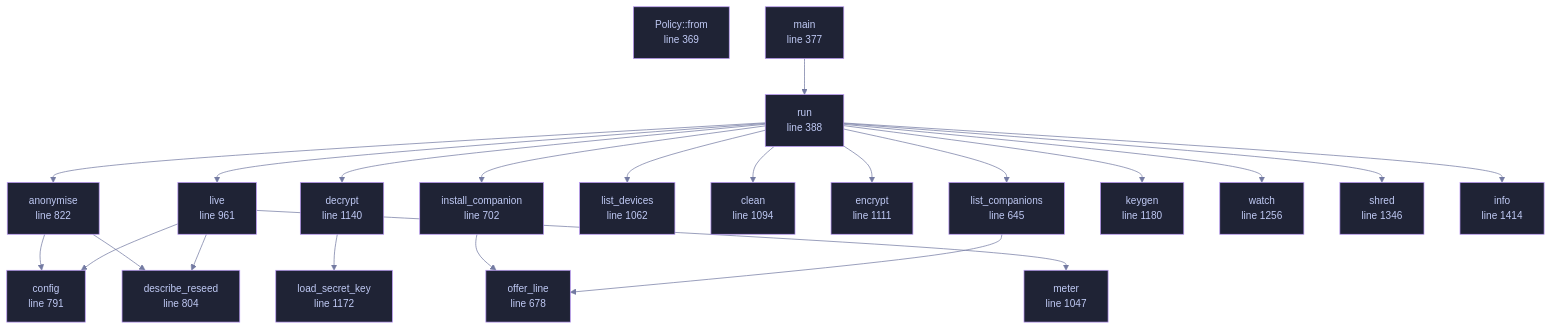
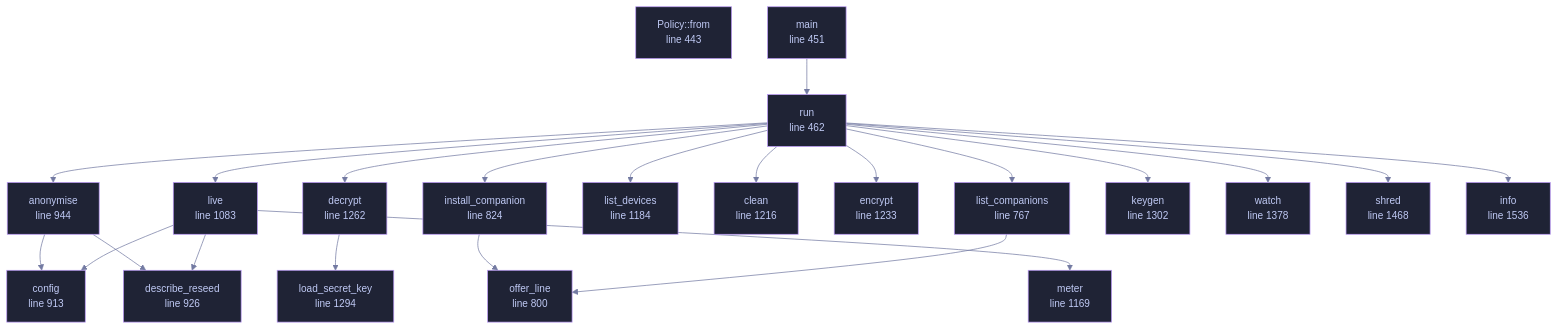
One commit to tilas01/veilvoice changed the diagram in wiki/File-veilvoice-cli-main.md. Above: the diagram before and after it, drawn with Mermaid. The commit also changed other lines of this file and 68 other files, not shown here.

First line of the commit message:
policy: settings that can only be tightened, so reading needs no key

````diff
--- a/wiki/File-veilvoice-cli-main.md
+++ b/wiki/File-veilvoice-cli-main.md
@@ -88,67 +90,67 @@
 ```mermaid
 %%{init: {"theme":"base","themeVariables":{"background":"#1a1b26","primaryColor":"#1f2335","primaryTextColor":"#c0caf5","primaryBorderColor":"#7aa2f7","secondaryColor":"#16161e","tertiaryColor":"#16161e","lineColor":"#737aa2","textColor":"#c0caf5","mainBkg":"#1f2335","nodeBorder":"#7aa2f7","clusterBkg":"#16161e","clusterBorder":"#2f3549","fontFamily":"ui-monospace, SFMono-Regular, Consolas, monospace","fontSize":"14px"}}}%%
 flowchart TD
-    n_from["Policy::from<br/>line 369"]
-    n_main["main<br/>line 377"]
-    n_run["run<br/>line 388"]
-    n_list_companions["list_companions<br/>line 645"]
-    n_offer_line["offer_line<br/>line 678"]
-    n_install_companion["install_companion<br/>line 702"]
-    n_config["config<br/>line 791"]
-    n_describe_reseed["describe_reseed<br/>line 804"]
-    n_anonymise["anonymise<br/>line 822"]
-    n_live["live<br/>line 961"]
-    n_meter["meter<br/>line 1047"]
-    n_list_devices["list_devices<br/>line 1062"]
-    n_clean["clean<br/>line 1094"]
-    n_encrypt["encrypt<br/>line 1111"]
-    n_decrypt["decrypt<br/>line 1140"]
-    n_load_secret_key["load_secret_key<br/>line 1172"]
-    n_keygen["keygen<br/>line 1180"]
-    n_watch["watch<br/>line 1256"]
-    n_shred["shred<br/>line 1346"]
-    n_info["info<br/>line 1414"]
+    n_from["Policy::from<br/>line 443"]
+    n_main["main<br/>line 451"]
+    n_run["run<br/>line 462"]
+    n_list_companions["list_companions<br/>line 767"]
+    n_offer_line["offer_line<br/>line 800"]
+    n_install_companion["install_companion<br/>line 824"]
+    n_config["config<br/>line 913"]
+    n_describe_reseed["describe_reseed<br/>line 926"]
+    n_anonymise["anonymise<br/>line 944"]
+    n_live["live<br/>line 1083"]
+    n_meter["meter<br/>line 1169"]
+    n_list_devices["list_devices<br/>line 1184"]
+    n_clean["clean<br/>line 1216"]
+    n_encrypt["encrypt<br/>line 1233"]
+    n_decrypt["decrypt<br/>line 1262"]
+    n_load_secret_key["load_secret_key<br/>line 1294"]
+    n_keygen["keygen<br/>line 1302"]
+    n_watch["watch<br/>line 1378"]
+    n_shred["shred<br/>line 1468"]
+    n_info["info<br/>line 1536"]
     n_anonymise --> n_config
     n_anonymise --> n_describe_reseed
     n_decrypt --> n_load_secret_key
     n_install_companion --> n_offer_line
     n_list_companions --> n_offer_line
     n_live --> n_config
     n_live --> n_describe_reseed
     n_live --> n_meter
     n_main --> n_run
     n_run --> n_anonymise
     n_run --> n_clean
     n_run --> n_decrypt
     n_run --> n_encrypt
     n_run --> n_info
     n_run --> n_install_companion
     n_run --> n_keygen
     n_run --> n_list_companions
     n_run --> n_list_devices
     n_run --> n_live
     n_run --> n_shred
     n_run --> n_watch
-    click n_from href "https://github.com/tilas01/veilvoice/blob/main/crates/veilvoice-cli/src/main.rs#L369" "open the source"
-    click n_main href "https://github.com/tilas01/veilvoice/blob/main/crates/veilvoice-cli/src/main.rs#L377" "open the source"
-    click n_run href "https://github.com/tilas01/veilvoice/blob/main/crates/veilvoice-cli/src/main.rs#L388" "open the source"
-    click n_list_companions href "https://github.com/tilas01/veilvoice/blob/main/crates/veilvoice-cli/src/main.rs#L645" "open the source"
-    click n_offer_line href "https://github.com/tilas01/veilvoice/blob/main/crates/veilvoice-cli/src/main.rs#L678" "open the source"
-    click n_install_companion href "https://github.com/tilas01/veilvoice/blob/main/crates/veilvoice-cli/src/main.rs#L702" "open the source"
-    click n_config href "https://github.com/tilas01/veilvoice/blob/main/crates/veilvoice-cli/src/main.rs#L791" "open the source"
-    click n_describe_reseed href "https://github.com/tilas01/veilvoice/blob/main/crates/veilvoice-cli/src/main.rs#L804" "open the source"
-    click n_anonymise href "https://github.com/tilas01/veilvoice/blob/main/crates/veilvoice-cli/src/main.rs#L822" "open the source"
-    click n_live href "https://github.com/tilas01/veilvoice/blob/main/crates/veilvoice-cli/src/main.rs#L961" "open the source"
-    click n_meter href "https://github.com/tilas01/veilvoice/blob/main/crates/veilvoice-cli/src/main.rs#L1047" "open the source"
-    click n_list_devices href "https://github.com/tilas01/veilvoice/blob/main/crates/veilvoice-cli/src/main.rs#L1062" "open the source"
-    click n_clean href "https://github.com/tilas01/veilvoice/blob/main/crates/veilvoice-cli/src/main.rs#L1094" "open the source"
-    click n_encrypt href "https://github.com/tilas01/veilvoice/blob/main/crates/veilvoice-cli/src/main.rs#L1111" "open the source"
-    click n_decrypt href "https://github.com/tilas01/veilvoice/blob/main/crates/veilvoice-cli/src/main.rs#L1140" "open the source"
-    click n_load_secret_key href "https://github.com/tilas01/veilvoice/blob/main/crates/veilvoice-cli/src/main.rs#L1172" "open the source"
-    click n_keygen href "https://github.com/tilas01/veilvoice/blob/main/crates/veilvoice-cli/src/main.rs#L1180" "open the source"
-    click n_watch href "https://github.com/tilas01/veilvoice/blob/main/crates/veilvoice-cli/src/main.rs#L1256" "open the source"
-    click n_shred href "https://github.com/tilas01/veilvoice/blob/main/crates/veilvoice-cli/src/main.rs#L1346" "open the source"
-    click n_info href "https://github.com/tilas01/veilvoice/blob/main/crates/veilvoice-cli/src/main.rs#L1414" "open the source"
+    click n_from href "https://github.com/tilas01/veilvoice/blob/main/crates/veilvoice-cli/src/main.rs#L443" "open the source"
+    click n_main href "https://github.com/tilas01/veilvoice/blob/main/crates/veilvoice-cli/src/main.rs#L451" "open the source"
+    click n_run href "https://github.com/tilas01/veilvoice/blob/main/crates/veilvoice-cli/src/main.rs#L462" "open the source"
+    click n_list_companions href "https://github.com/tilas01/veilvoice/blob/main/crates/veilvoice-cli/src/main.rs#L767" "open the source"
+    click n_offer_line href "https://github.com/tilas01/veilvoice/blob/main/crates/veilvoice-cli/src/main.rs#L800" "open the source"
+    click n_install_companion href "https://github.com/tilas01/veilvoice/blob/main/crates/veilvoice-cli/src/main.rs#L824" "open the source"
+    click n_config href "https://github.com/tilas01/veilvoice/blob/main/crates/veilvoice-cli/src/main.rs#L913" "open the source"
+    click n_describe_reseed href "https://github.com/tilas01/veilvoice/blob/main/crates/veilvoice-cli/src/main.rs#L926" "open the source"
+    click n_anonymise href "https://github.com/tilas01/veilvoice/blob/main/crates/veilvoice-cli/src/main.rs#L944" "open the source"
+    click n_live href "https://github.com/tilas01/veilvoice/blob/main/crates/veilvoice-cli/src/main.rs#L1083" "open the source"
+    click n_meter href "https://github.com/tilas01/veilvoice/blob/main/crates/veilvoice-cli/src/main.rs#L1169" "open the source"
+    click n_list_devices href "https://github.com/tilas01/veilvoice/blob/main/crates/veilvoice-cli/src/main.rs#L1184" "open the source"
+    click n_clean href "https://github.com/tilas01/veilvoice/blob/main/crates/veilvoice-cli/src/main.rs#L1216" "open the source"
+    click n_encrypt href "https://github.com/tilas01/veilvoice/blob/main/crates/veilvoice-cli/src/main.rs#L1233" "open the source"
+    click n_decrypt href "https://github.com/tilas01/veilvoice/blob/main/crates/veilvoice-cli/src/main.rs#L1262" "open the source"
+    click n_load_secret_key href "https://github.com/tilas01/veilvoice/blob/main/crates/veilvoice-cli/src/main.rs#L1294" "open the source"
+    click n_keygen href "https://github.com/tilas01/veilvoice/blob/main/crates/veilvoice-cli/src/main.rs#L1302" "open the source"
+    click n_watch href "https://github.com/tilas01/veilvoice/blob/main/crates/veilvoice-cli/src/main.rs#L1378" "open the source"
+    click n_shred href "https://github.com/tilas01/veilvoice/blob/main/crates/veilvoice-cli/src/main.rs#L1468" "open the source"
+    click n_info href "https://github.com/tilas01/veilvoice/blob/main/crates/veilvoice-cli/src/main.rs#L1536" "open the source"
     classDef helper fill:#1f2335,stroke:#bb9af7,color:#c0caf5
     class n_from,n_main,n_run,n_list_companions,n_offer_line,n_install_companion,n_config,n_describe_reseed,n_anonymise,n_live,n_meter,n_list_devices,n_clean,n_encrypt,n_decrypt,n_load_secret_key,n_keygen,n_watch,n_shred,n_info helper
 ```
````
